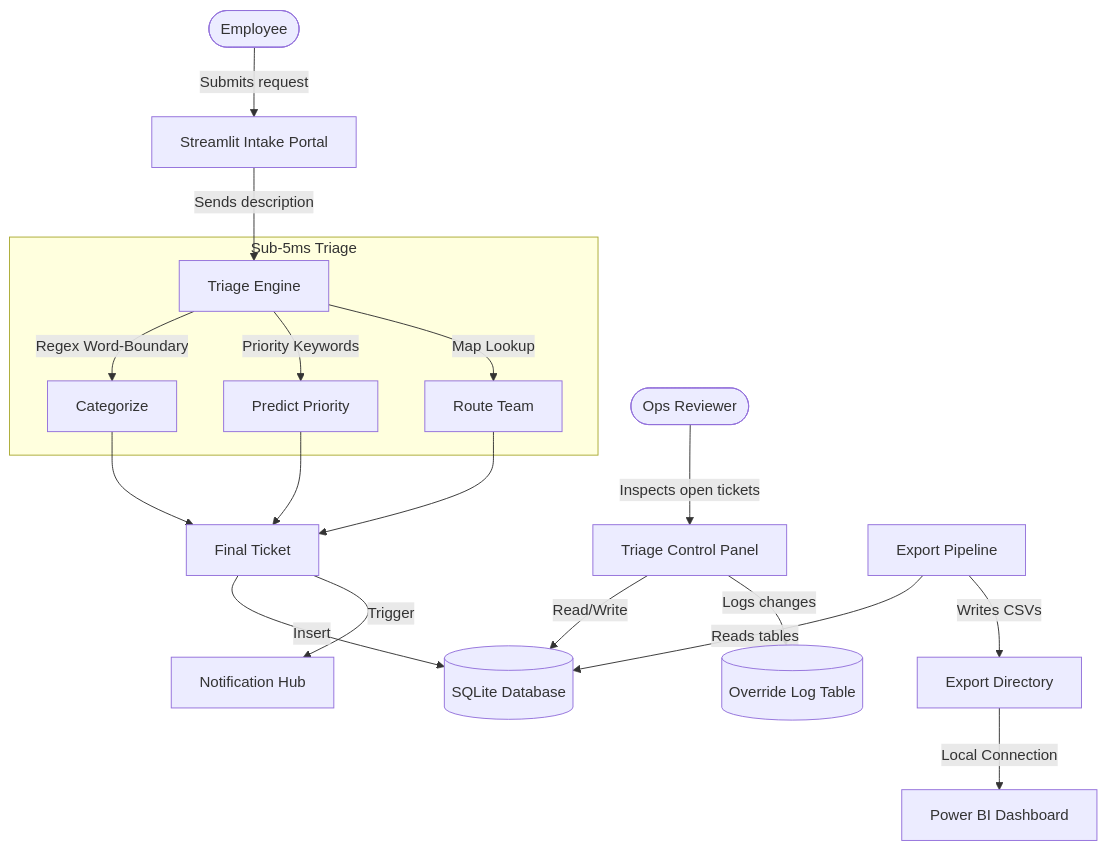
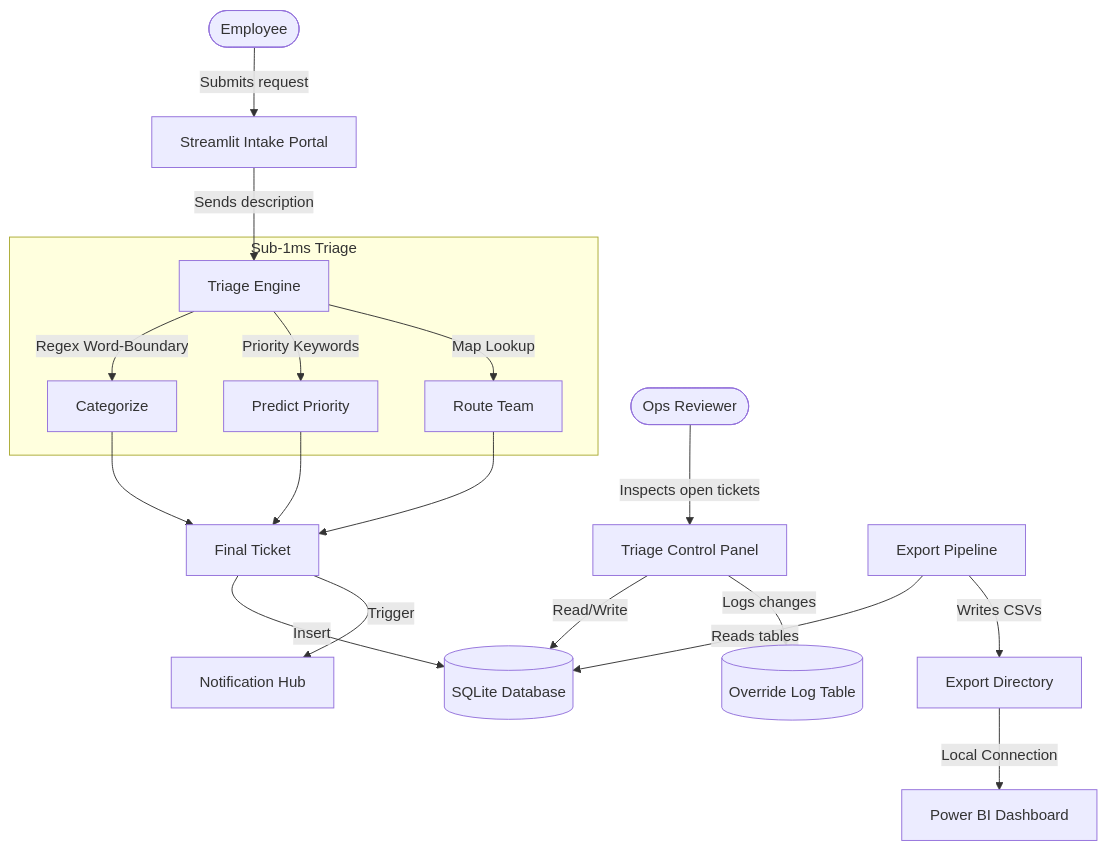
One commit to Vaibhavsahkk/smart-ops-triage changed the diagram in README.md. Above: the diagram before and after it, drawn with Mermaid. The commit also changed other lines of this file and 5 other files, not shown here.

````diff
--- a/README.md
+++ b/README.md
@@ -49,27 +52,27 @@
 ```mermaid
 flowchart TD
     User([Employee]) -->|Submits request| UserForm[Streamlit Intake Portal]
     UserForm -->|Sends description| TriageEngine[Triage Engine]
-    
-    subgraph Engine Logic [Sub-5ms Triage]
+
+    subgraph Engine Logic [Sub-1ms Triage]
         TriageEngine -->|Regex Word-Boundary| Cat[Categorize]
         TriageEngine -->|Priority Keywords| Prio[Predict Priority]
         TriageEngine -->|Map Lookup| Team[Route Team]
     end
-    
+
     Cat --> Combine
     Prio --> Combine
     Team --> Combine
-    
+
     Combine[Final Ticket] -->|Insert| SQLite[(SQLite Database)]
     Combine -->|Trigger| NotifHub[Notification Hub]
-    
+
     Admin([Ops Reviewer]) -->|Inspects open tickets| AdminPanel[Triage Control Panel]
     AdminPanel -->|Read/Write| SQLite
     AdminPanel -->|Logs changes| OverrideTable[(Override Log Table)]
-    
+
     ExportScript[Export Pipeline] -->|Reads tables| SQLite
     ExportScript -->|Writes CSVs| CSVs[Export Directory]
-    
+
     CSVs -->|Local Connection| PowerBI[Power BI Dashboard]
 ```
````
